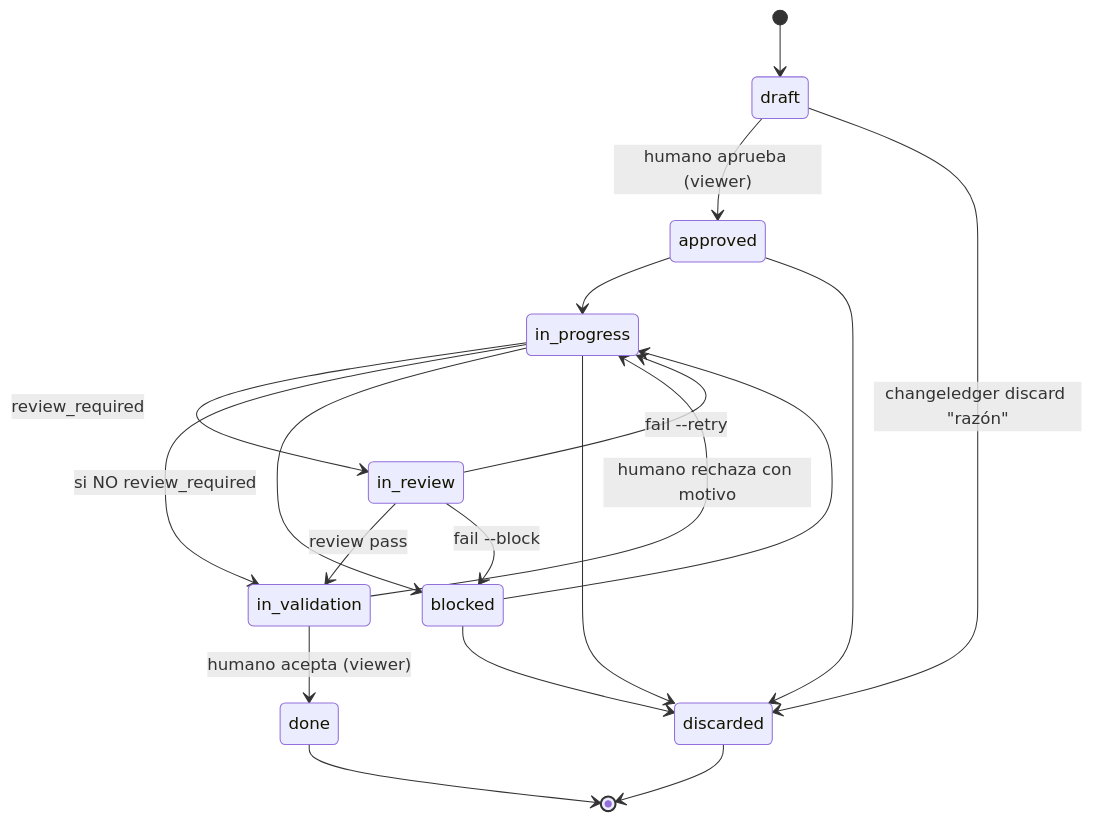
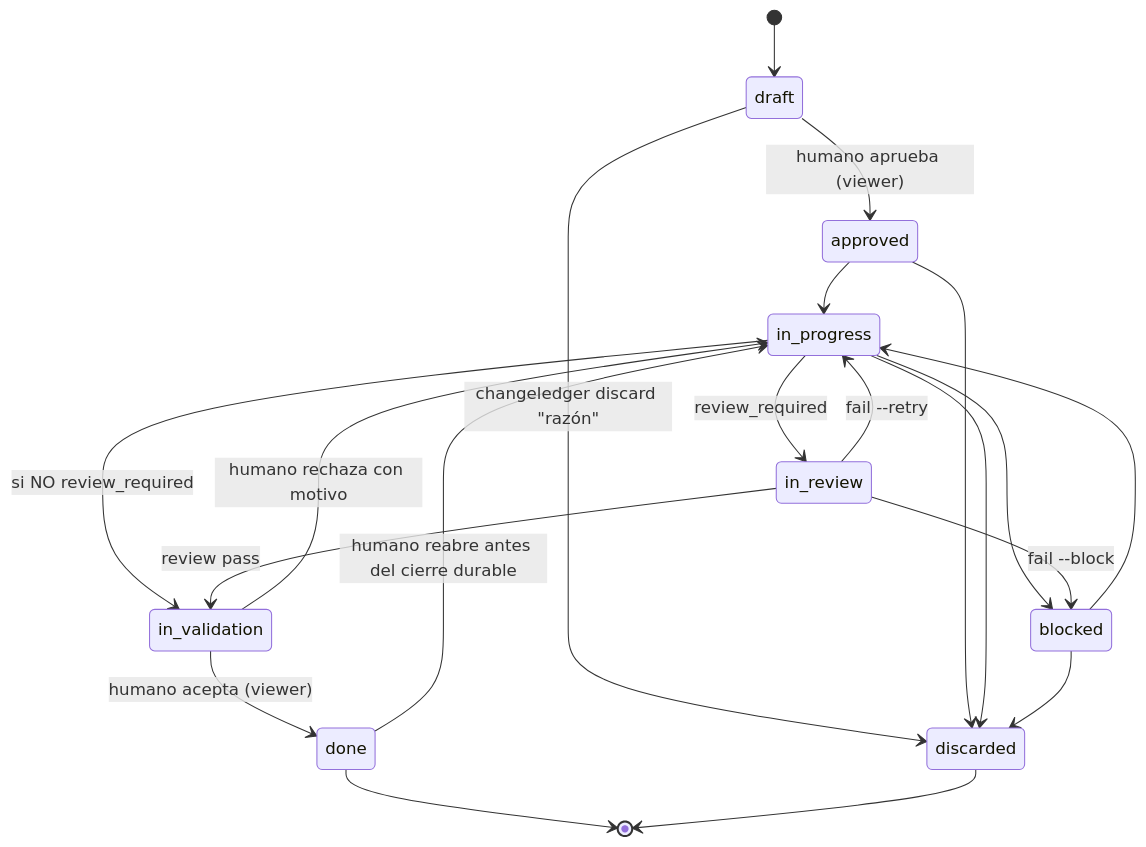
One commit to rarc88/changeledger changed the diagram in .changeledger/specs/lifecycle.md. Above: the diagram before and after it, drawn with Mermaid. The commit also changed other lines of this file and 17 other files, not shown here.

````diff
--- a/.changeledger/specs/lifecycle.md
+++ b/.changeledger/specs/lifecycle.md
@@ -22,21 +23,22 @@
 ```mermaid
 stateDiagram-v2
     [*] --> draft
     draft --> approved: humano aprueba (viewer)
     approved --> in_progress
     in_progress --> in_review: review_required
     in_progress --> in_validation: si NO review_required
     in_progress --> blocked
     in_review --> in_validation: review pass
     in_review --> in_progress: fail --retry
     in_review --> blocked: fail --block
     in_validation --> done: humano acepta (viewer)
     in_validation --> in_progress: humano rechaza con motivo
+    done --> in_progress: humano reabre antes del cierre durable
     blocked --> in_progress
     draft --> discarded: changeledger discard "razón"
     approved --> discarded
     in_progress --> discarded
     blocked --> discarded
     done --> [*]
     discarded --> [*]
 ```
````
